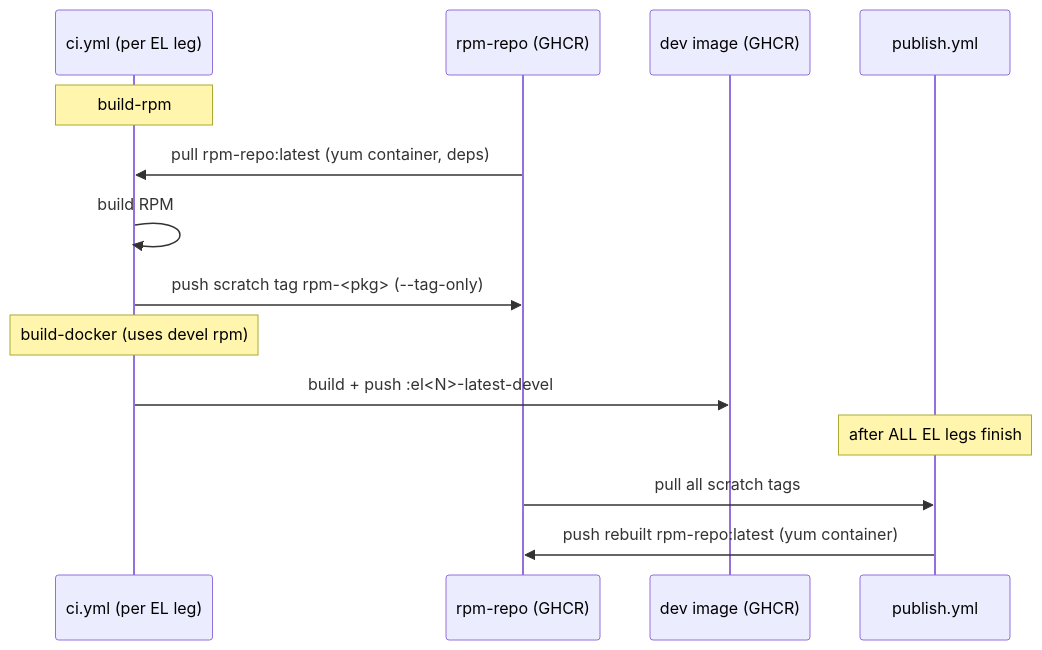
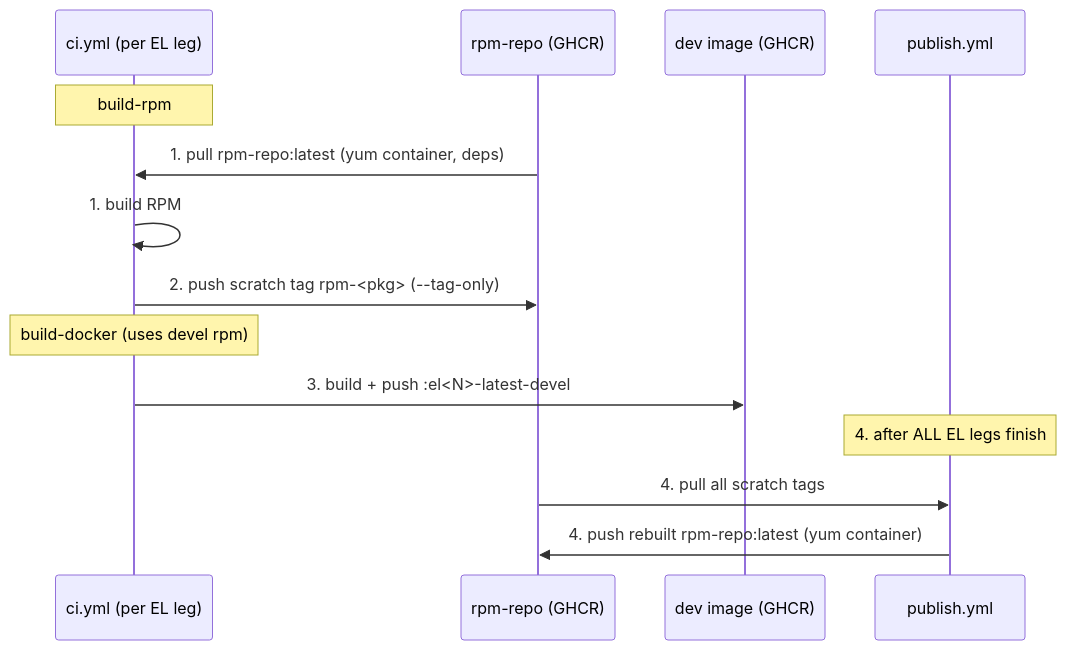
The second of 2 diagrams in README.md (gemini-rtsw/gemini-rtsw-ci), drawn with Mermaid before and after one commit. The commit also changed other lines of this file, not shown here.

Commit message:
REL-4958 docs: number sequence steps to match the list
Restructure the build list into four numbered steps (pull+build, push
scratch tag, push dev image, publish) and prefix each sequence-diagram
arrow with the matching number, so the prose and diagram line up. Move
the publish/single-writer detail into list item 4.

````diff
--- a/README.md
+++ b/README.md
@@ -31,17 +30,17 @@
 ```mermaid
 sequenceDiagram
   participant CI as ci.yml (per EL leg)
   participant Repo as rpm-repo (GHCR)
   participant Dev as dev image (GHCR)
   participant Pub as publish.yml
 
   Note over CI: build-rpm
-  Repo->>CI: pull rpm-repo:latest (yum container, deps)
-  CI->>CI: build RPM
-  CI->>Repo: push scratch tag rpm-<pkg> (--tag-only)
+  Repo->>CI: 1. pull rpm-repo:latest (yum container, deps)
+  CI->>CI: 1. build RPM
+  CI->>Repo: 2. push scratch tag rpm-<pkg> (--tag-only)
   Note over CI: build-docker (uses devel rpm)
-  CI->>Dev: build + push :el<N>-latest-devel
-  Note over Pub: after ALL EL legs finish
-  Repo->>Pub: pull all scratch tags
-  Pub->>Repo: push rebuilt rpm-repo:latest (yum container)
+  CI->>Dev: 3. build + push :el<N>-latest-devel
+  Note over Pub: 4. after ALL EL legs finish
+  Repo->>Pub: 4. pull all scratch tags
+  Pub->>Repo: 4. push rebuilt rpm-repo:latest (yum container)
 ```
````
